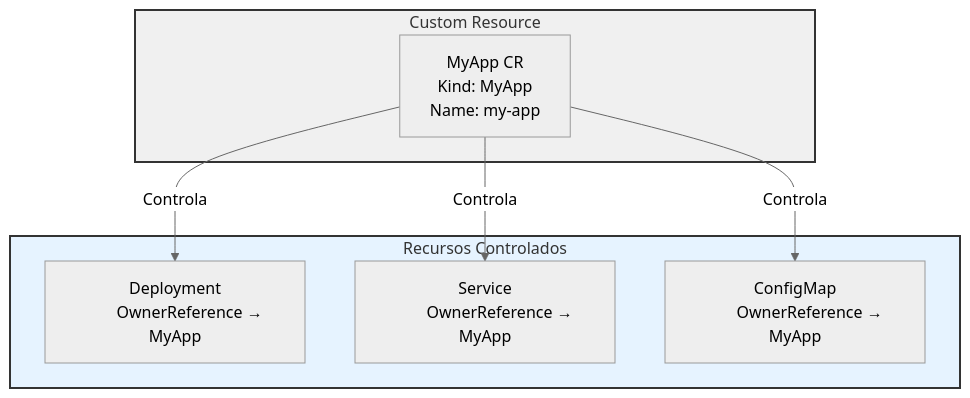
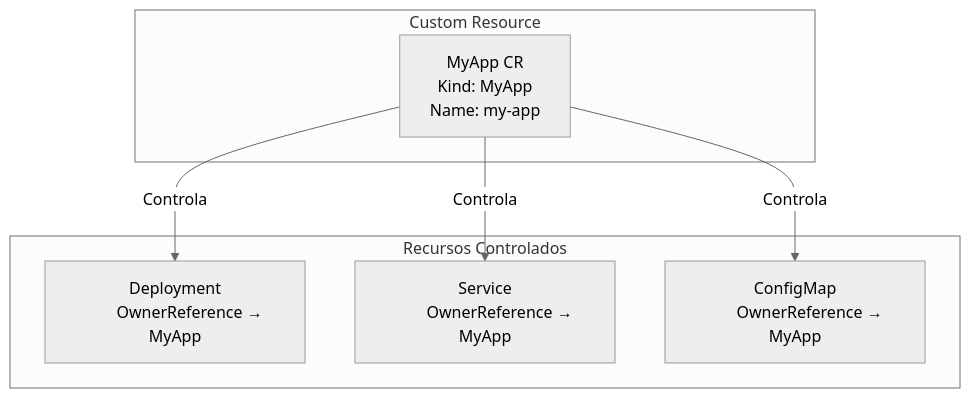
One commit to cloud104/tcloud-devops-k8s-operators-training changed the second of 3 diagrams in docs/extras/kubernetes-create-or-update.md. Above: the diagram before and after it, drawn with Mermaid (neutral theme). The commit also changed other lines of this file and 6 other files, not shown here.

First line of the commit message:
docs: revisa material teorico, corrige APIs e melhora diagramas

````diff
--- a/docs/extras/kubernetes-create-or-update.md
+++ b/docs/extras/kubernetes-create-or-update.md
@@ -46,24 +35,21 @@
 ```mermaid
 flowchart TD
     subgraph CR ["Custom Resource"]
         APP["MyApp CR
         Kind: MyApp
         Name: my-app"]
     end
     
     subgraph OWNED ["Recursos Controlados"]
         DEPLOY["Deployment
         OwnerReference → MyApp"]
         SVC["Service
         OwnerReference → MyApp"]
         CM["ConfigMap
         OwnerReference → MyApp"]
     end
     
     APP -->|"Controla"| DEPLOY
     APP -->|"Controla"| SVC
     APP -->|"Controla"| CM
-    
-    style CR fill:#f0f0f0,stroke:#333,stroke-width:2px
-    style OWNED fill:#e6f3ff,stroke:#333,stroke-width:2px
 ```
````
